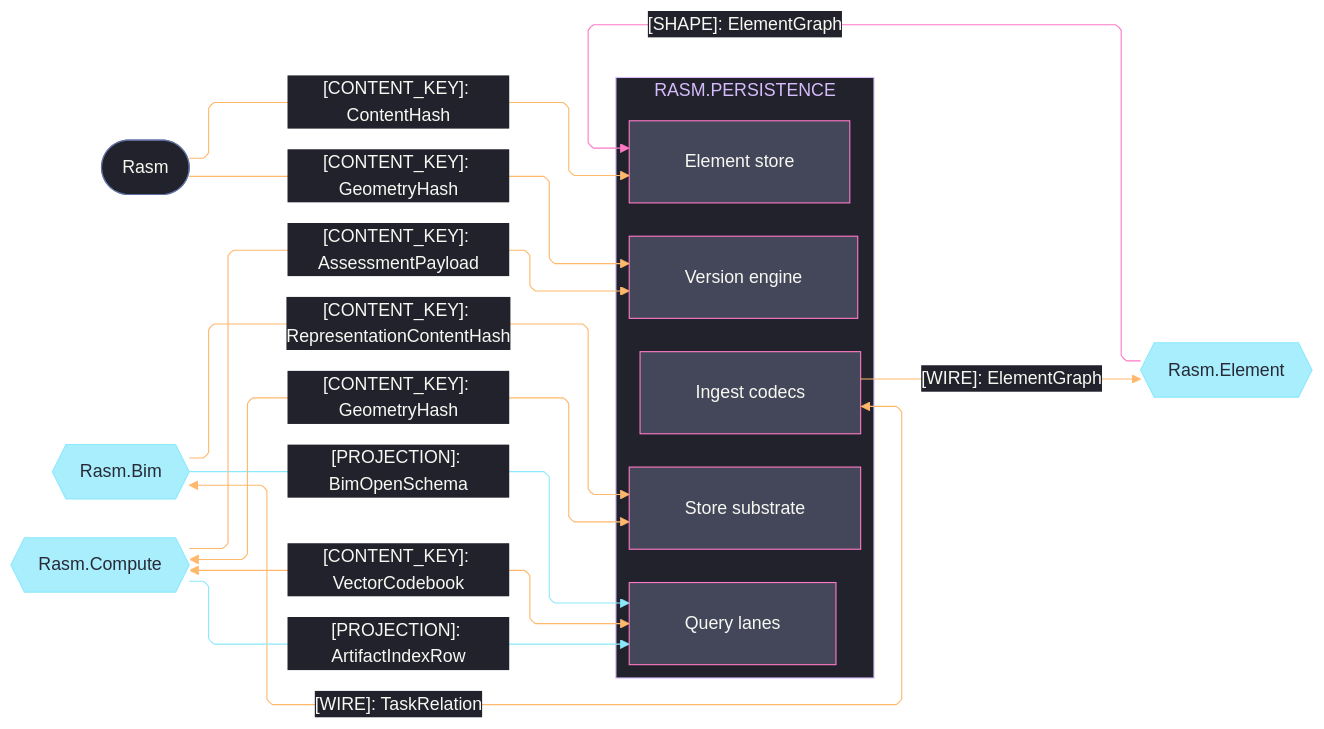
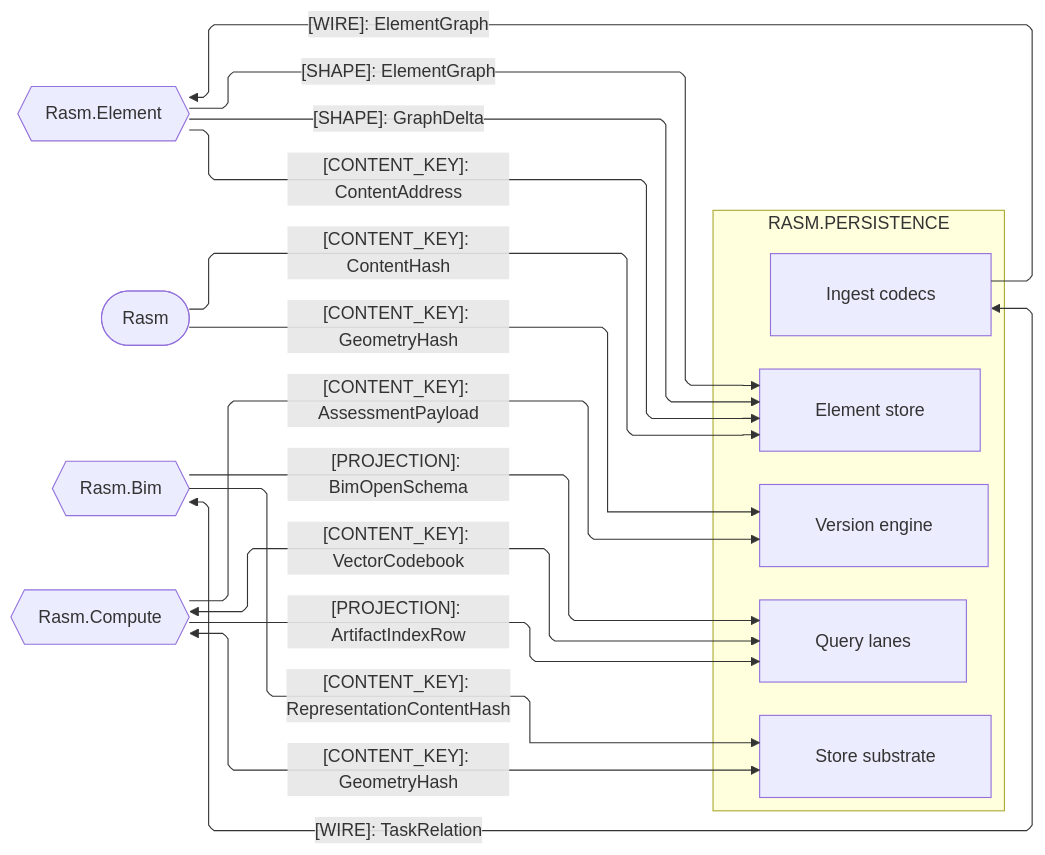
The second of 4 diagrams in libs/csharp/Rasm.Persistence/ARCHITECTURE.md (bsamiee/Rasm), drawn with Mermaid before and after one commit. The commit also changed other lines of this file and 460 other files, not shown here.

````diff
--- a/libs/csharp/Rasm.Persistence/ARCHITECTURE.md
+++ b/libs/csharp/Rasm.Persistence/ARCHITECTURE.md
@@ -118,65 +92,36 @@
 ```mermaid
 ---
 config:
-  theme: base
-  look: classic
   layout: elk
   flowchart:
     curve: linear
     padding: 25
-  themeVariables:
-    darkMode: true
-    fontFamily: "SF Mono, Menlo, Cascadia Mono, Segoe UI Mono, Consolas, monospace"
-    useGradient: false
-    dropShadow: "none"
-    background: "#282A36"
-    primaryColor: "#44475A"
-    primaryTextColor: "#F8F8F2"
-    primaryBorderColor: "#BD93F9"
-    lineColor: "#FF79C6"
-    textColor: "#F8F8F2"
-    clusterBkg: "#21222C"
-    clusterBorder: "#D6BCFA"
-    edgeLabelBackground: "#21222C"
-    labelBackgroundColor: "#21222C"
-    titleColor: "#D6BCFA"
-  themeCSS: ".nodeLabel{font-size:13px;font-weight:500}.edgeLabel{font-size:12px;font-weight:500}.cluster-label .nodeLabel{font-size:13.5px;font-weight:700;letter-spacing:.08em}.edge-thickness-normal{stroke-width:2px}.edge-thickness-thick{stroke-width:3px}.edge-pattern-dashed,.edge-pattern-dotted{stroke-width:1.5px;stroke-dasharray:4 6}.node rect,.node circle,.node polygon,.node path,.node .outer-path{stroke-width:1.5px;filter:none!important}.cluster rect{stroke-width:1px!important;stroke-dasharray:5 4!important;filter:none!important}.marker path{transform:scale(.8);transform-origin:5px 5px}.marker circle{transform:scale(.48);transform-origin:5px 5px}.edgeLabel rect{transform-box:fill-box;transform-origin:center;transform:scale(1.1,1.2)}"
 ---
 flowchart LR
     accTitle: Persistence domain and kernel content seams
     accDescr: Persistence sub-domain owners exchanging shapes, content keys, and projections with the kernel and the AEC peers Element, Bim, and Compute, edge rails colored by kind and nodes classed by seam direction.
     subgraph persistence[RASM.PERSISTENCE]
         Element[Element store]
         Version[Version engine]
         Query[Query lanes]
         Ingest[Ingest codecs]
         Store[Store substrate]
     end
     RasmElement{{Rasm.Element}}
     Rasm([Rasm])
     Bim{{Rasm.Bim}}
     Compute{{Rasm.Compute}}
     RasmElement e1@-->|"[SHAPE]: ElementGraph"| Element
+    RasmElement e12@-->|"[SHAPE]: GraphDelta"| Element
+    RasmElement e13@-->|"[CONTENT_KEY]: ContentAddress"| Element
     Ingest e2@-->|"[WIRE]: ElementGraph"| RasmElement
     Rasm e3@-->|"[CONTENT_KEY]: ContentHash"| Element
     Rasm e4@-->|"[CONTENT_KEY]: GeometryHash"| Version
     Bim e5@-->|"[PROJECTION]: BimOpenSchema"| Query
     Bim e6@-->|"[CONTENT_KEY]: RepresentationContentHash"| Store
     Ingest e7@<-->|"[WIRE]: TaskRelation"| Bim
     Compute e8@-->|"[CONTENT_KEY]: AssessmentPayload"| Version
     Compute e9@<-->|"[CONTENT_KEY]: VectorCodebook"| Query
     Compute e10@-->|"[PROJECTION]: ArtifactIndexRow"| Query
     Compute e11@<-->|"[CONTENT_KEY]: GeometryHash"| Store
-    classDef primary fill:#44475A,stroke:#FF79C6,color:#F8F8F2
-    classDef external fill:#8BE9FDBF,stroke:#8BE9FD,color:#282A36
-    classDef annotation fill:#21222C,stroke:#6272A4,color:#F8F8F2
-    classDef edgeData stroke:#FFB86C,color:#F8F8F2
-    classDef edgeControl stroke:#FF79C6,color:#F8F8F2
-    classDef edgeExternal stroke:#8BE9FD,color:#F8F8F2
-    class Element,Version,Query,Ingest,Store primary
-    class RasmElement,Bim,Compute external
-    class Rasm annotation
-    class e2,e3,e4,e6,e7,e8,e9,e11 edgeData
-    class e1 edgeControl
-    class e5,e10 edgeExternal
 ```
````
